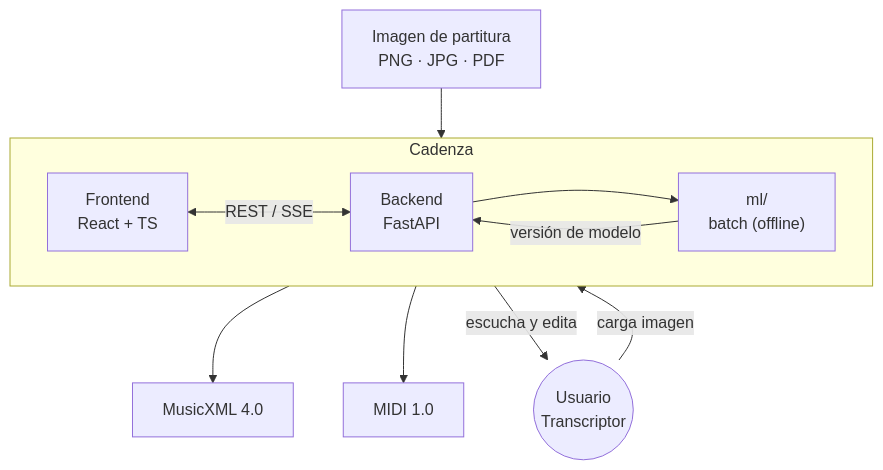
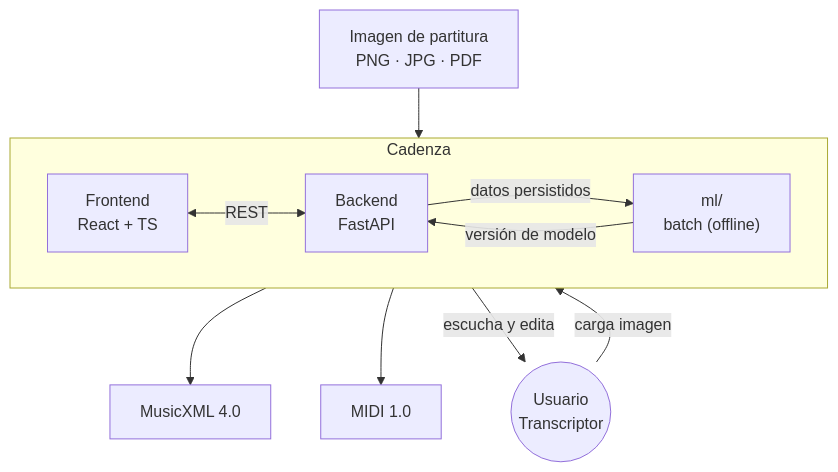
Before and after one commit to sebdavid3/Cadenza: the second of 10 diagrams in docs/ARCHITECTURE.md, drawn with Mermaid. The commit also changed other lines of this file and 4 other files, not shown here.

First line of the commit message:
docs(architecture): fijar la arquitectura objetivo v1.1 y alinear el DBB

````diff
--- a/docs/ARCHITECTURE.md
+++ b/docs/ARCHITECTURE.md
@@ -124,23 +140,23 @@
 ```mermaid
 flowchart TB
     subgraph Cadenza["Cadenza"]
         direction LR
         FE["Frontend<br/>React + TS"]
         BE["Backend<br/>FastAPI"]
         ML["ml/<br/>batch (offline)"]
     end
 
     U(("Usuario<br/>Transcriptor"))
     IMG["Imagen de partitura<br/>PNG · JPG · PDF"]
     XML["MusicXML 4.0"]
     MIDI["MIDI 1.0"]
 
     U -->|"carga imagen"| FE
     IMG --> FE
-    FE <-->|"REST / SSE"| BE
-    BE --> ML
+    FE <-->|"REST"| BE
+    BE -->|"datos persistidos"| ML
     ML -->|"versión de modelo"| BE
     BE --> XML
     BE --> MIDI
     FE -->|"escucha y edita"| U
 ```
````
